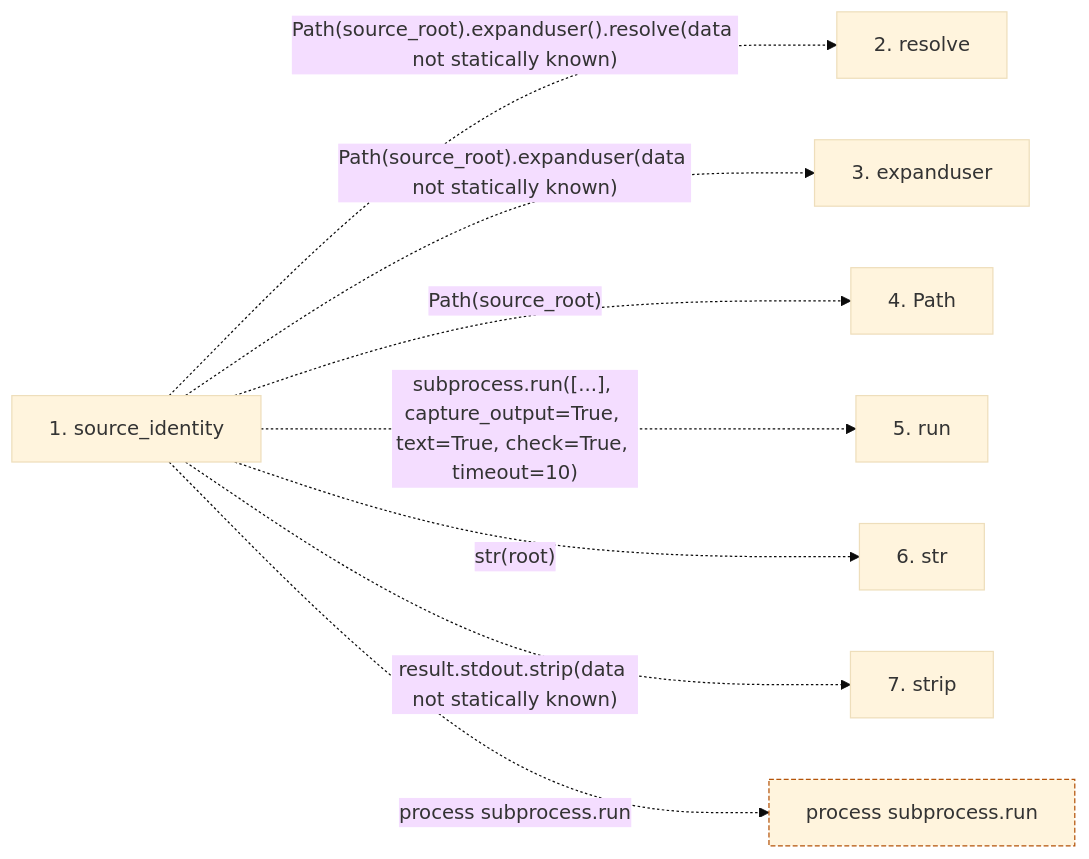
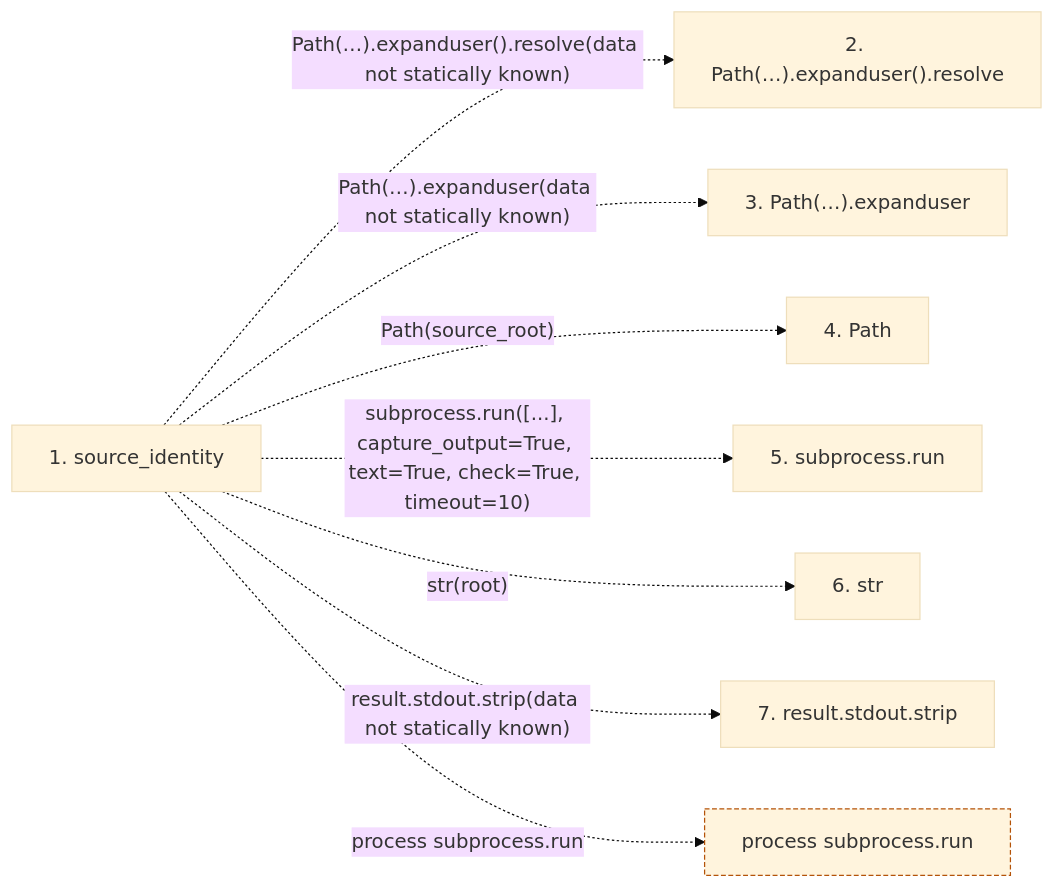
One commit to Denissvgn/python-wiki-llm changed the second of 2 diagrams in docs/llm_wiki/flows/api-source_identity.md. Above: the diagram before and after it, drawn with Mermaid (base theme). The commit also changed other lines of this file and 719 other files, not shown here.

````diff
--- a/docs/llm_wiki/flows/api-source_identity.md
+++ b/docs/llm_wiki/flows/api-source_identity.md
@@ -30,21 +30,21 @@
 ```mermaid
 flowchart LR
     s1["1. source_identity"]
-    s2["2. resolve"]
-    s3["3. expanduser"]
+    s2["2. Path(…).expanduser().resolve"]
+    s3["3. Path(…).expanduser"]
     s4["4. Path"]
-    s5["5. run"]
+    s5["5. subprocess.run"]
     s6["6. str"]
-    s7["7. strip"]
-    s1 -. "Path(source_root).expanduser().resolve(data not statically known)" .-> s2
-    s1 -. "Path(source_root).expanduser(data not statically known)" .-> s3
+    s7["7. result.stdout.strip"]
+    s1 -. "Path(…).expanduser().resolve(data not statically known)" .-> s2
+    s1 -. "Path(…).expanduser(data not statically known)" .-> s3
     s1 -. "Path(source_root)" .-> s4
     s1 -. "subprocess.run([...], capture_output=True, text=True, check=True, timeout=10)" .-> s5
     s1 -. "str(root)" .-> s6
     s1 -. "result.stdout.strip(data not statically known)" .-> s7
     b0["process subprocess.run"]
     s1 -. "process subprocess.run" .-> b0
     click s1 "../modules/refresh.md"
     classDef boundary stroke:#b45309,stroke-dasharray: 4 2
     class b0 boundary
 ```
````
